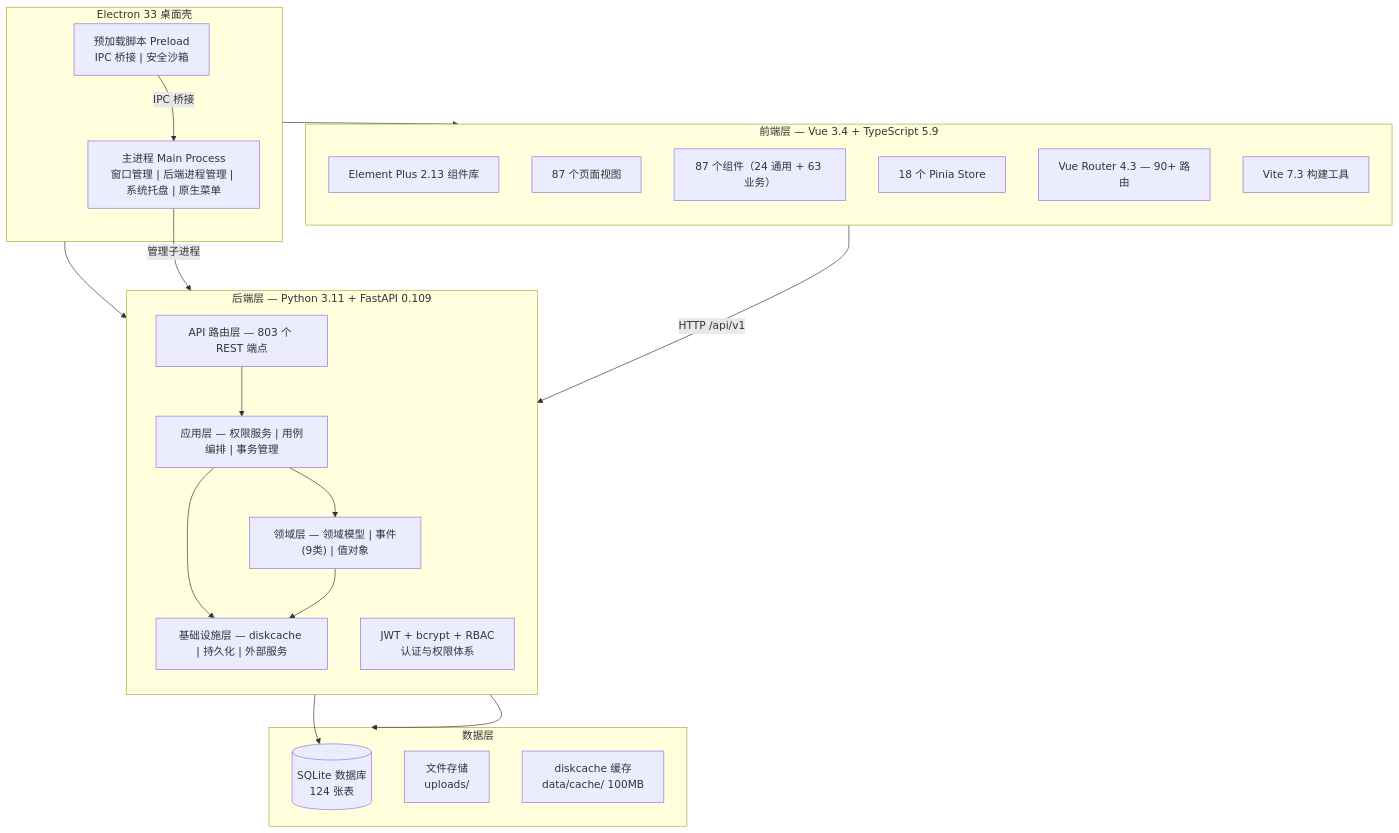
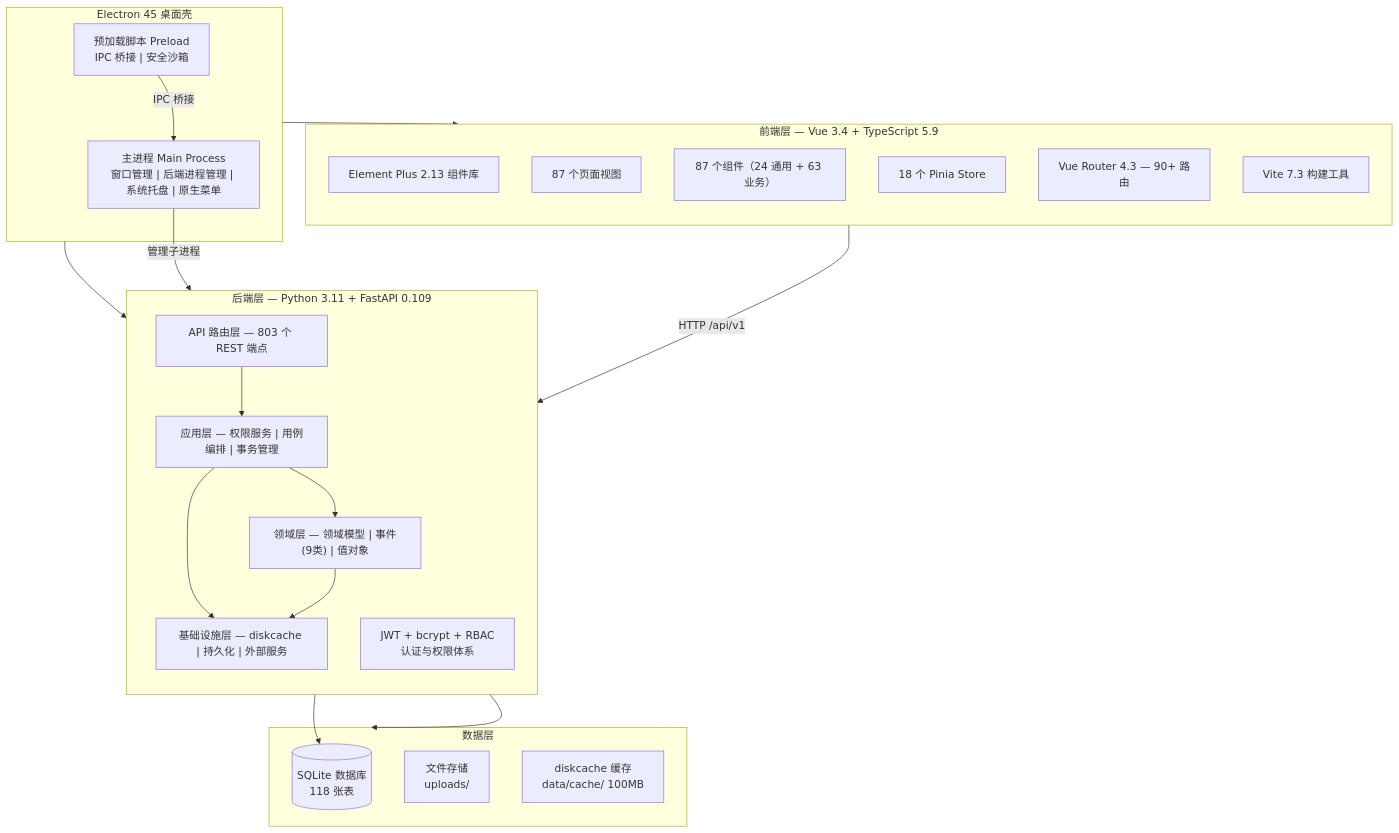
The first of 15 diagrams in docs/03-开发文档/01-架构设计/系统设计图集.md (lzh745200/MRRS), drawn with Mermaid before and after one commit. The commit also changed other lines of this file and 24 other files, not shown here.

````diff
--- a/docs/03-开发文档/01-架构设计/系统设计图集.md
+++ b/docs/03-开发文档/01-架构设计/系统设计图集.md
@@ -29,43 +29,43 @@
 ```mermaid
 graph TB
-    subgraph ELECTRON["Electron 33 桌面壳"]
+    subgraph ELECTRON["Electron 45 桌面壳"]
         MAIN["主进程 Main Process<br/>窗口管理 | 后端进程管理 | 系统托盘 | 原生菜单"]
         PRELOAD["预加载脚本 Preload<br/>IPC 桥接 | 安全沙箱"]
     end
 
     subgraph FRONTEND["前端层 — Vue 3.4 + TypeScript 5.9"]
         direction TB
         UI["Element Plus 2.13 组件库"]
         PAGES["87 个页面视图"]
         COMPONENTS["87 个组件（24 通用 + 63 业务）"]
         STORES["18 个 Pinia Store"]
         ROUTER["Vue Router 4.3 — 90+ 路由"]
         VITE["Vite 7.3 构建工具"]
     end
 
     subgraph BACKEND["后端层 — Python 3.11 + FastAPI 0.109"]
         direction TB
         API["API 路由层 — 803 个 REST 端点"]
         APP_SVC["应用层 — 权限服务 | 用例编排 | 事务管理"]
         DOMAIN["领域层 — 领域模型 | 事件(9类) | 值对象"]
         INFRA["基础设施层 — diskcache | 持久化 | 外部服务"]
         SECURITY["JWT + bcrypt + RBAC<br/>认证与权限体系"]
     end
 
     subgraph DATA["数据层"]
-        SQLITE[("SQLite 数据库<br/>124 张表")]
+        SQLITE[("SQLite 数据库<br/>118 张表")]
         FILES["文件存储<br/>uploads/"]
         CACHE["diskcache 缓存<br/>data/cache/ 100MB"]
     end
 
     ELECTRON --> FRONTEND
     ELECTRON --> BACKEND
     MAIN -->|"管理子进程"| BACKEND
     PRELOAD -->|"IPC 桥接"| MAIN
     FRONTEND -->|"HTTP /api/v1"| BACKEND
     BACKEND --> DATA
     API --> APP_SVC --> DOMAIN
     APP_SVC --> INFRA
     DOMAIN --> INFRA
     INFRA --> SQLITE
 ```
````
